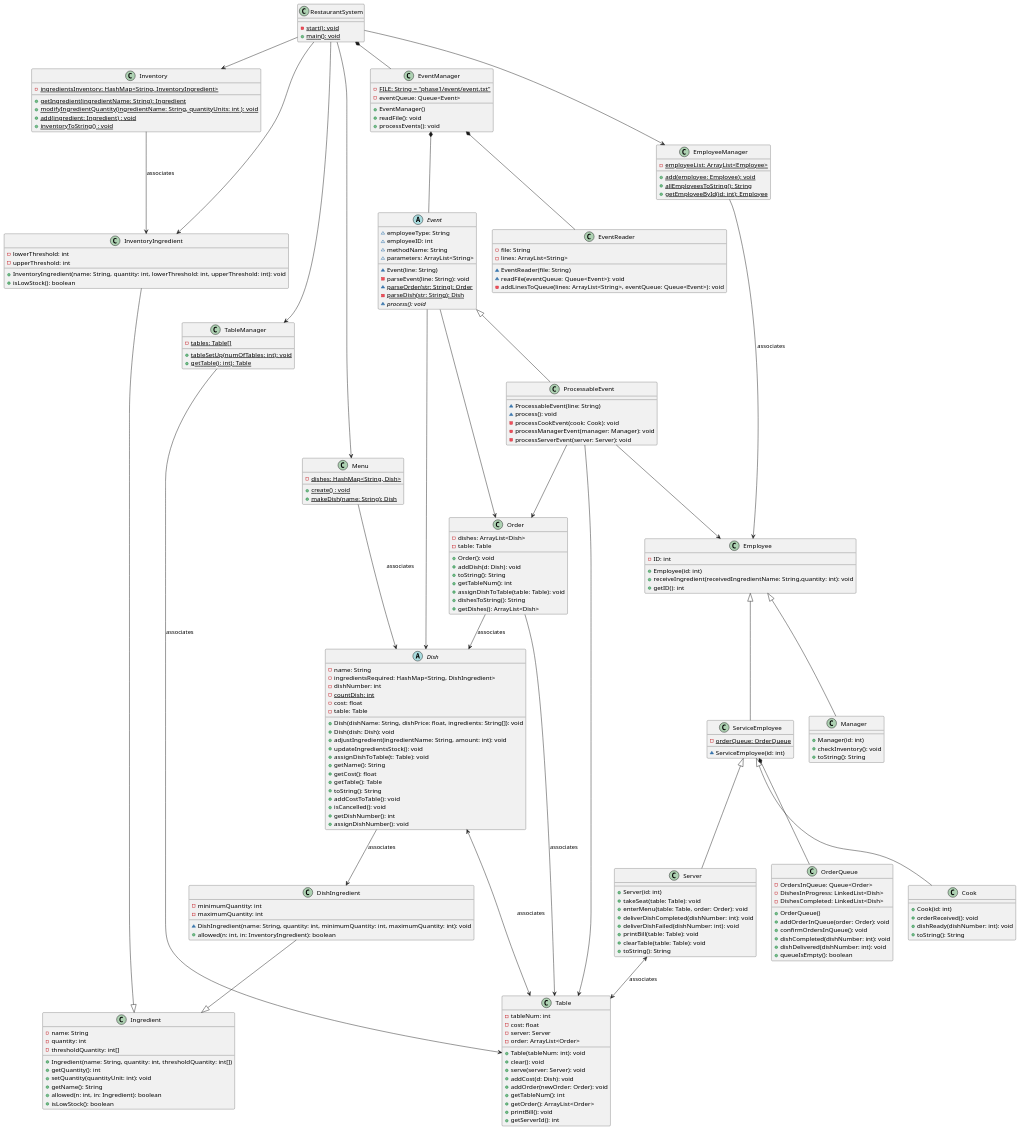
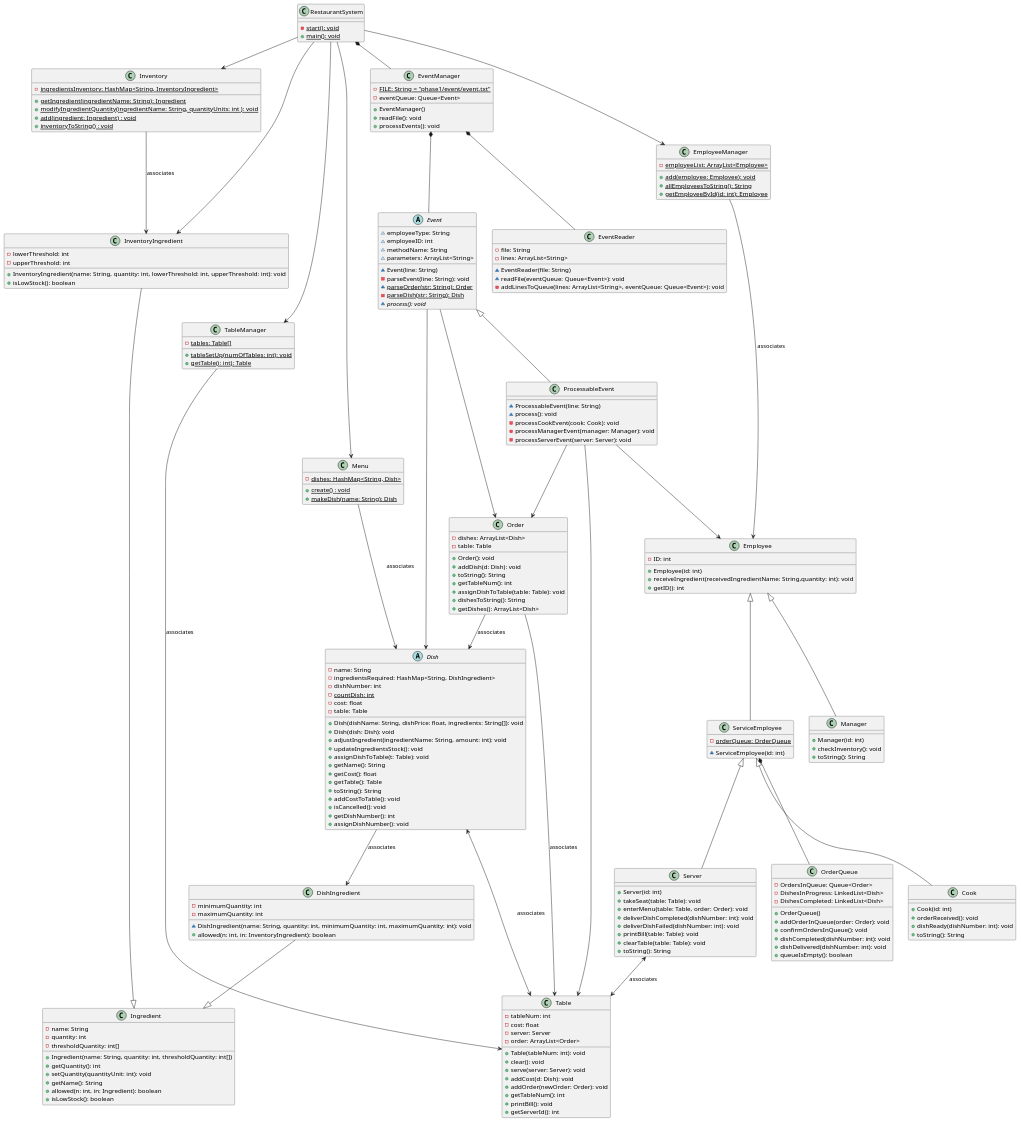
One commit to billangli/RestaurantSystem changed the diagram in phase1/phase1uml.puml. Above: the diagram before and after it, drawn with PlantUML. The commit also changed 1 other file, not shown here.

Commit message:
Updated UML diagram (and deleted the UML pdf file)

```diff
--- a/phase1/phase1uml.puml
+++ b/phase1/phase1uml.puml
@@ -75,7 +75,6 @@
 + addCost(d: Dish): void
 + addOrder(newOrder: Order): void
 + getTableNum(): int
-+ getOrder(): ArrayList<Order>
 + printBill(): void
 + getServerId(): int
 }
```
